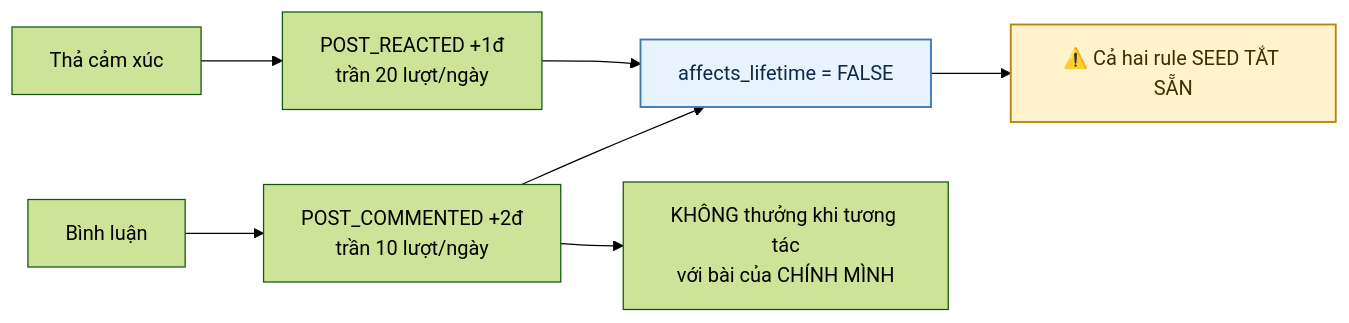
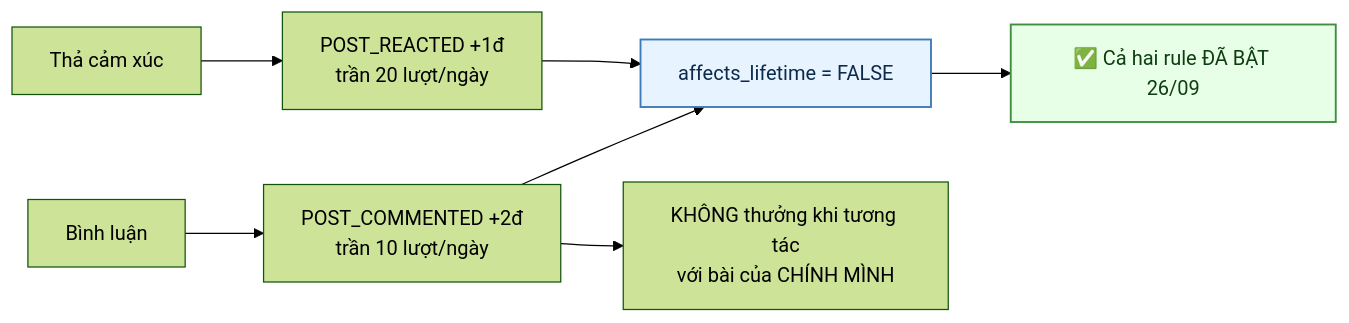
Before and after one commit to fdshn/trueheart: the sixth of 8 diagrams in docs/diagram/06-interaction.md, drawn with Mermaid (forest theme). The commit also changed other lines of this file and 56 other files, not shown here.

````diff
--- a/docs/diagram/06-interaction.md
+++ b/docs/diagram/06-interaction.md
@@ -178,12 +194,12 @@
 ```mermaid
 flowchart LR
     A[Bình luận] --> B["POST_COMMENTED +2đ<br/>trần 10 lượt/ngày"]
     C[Thả cảm xúc] --> D["POST_REACTED +1đ<br/>trần 20 lượt/ngày"]
     B --> E["affects_lifetime = FALSE"]
     D --> E
     B --> F["KHÔNG thưởng khi tương tác<br/>với bài của CHÍNH MÌNH"]
-    E --> G["⚠️ Cả hai rule SEED TẮT SẴN"]
+    E --> G["✅ Cả hai rule ĐÃ BẬT 26/09"]
 
     style E fill:#e7f3ff,stroke:#3d7ab8,stroke-width:1.5px,color:#0d2a4a
-    style G fill:#fff3cd,stroke:#b8860b,stroke-width:1.5px,color:#3d2f00
+    style G fill:#e6ffe6,stroke:#3f8f3f,stroke-width:1.5px,color:#0f3d12
 ```
````
